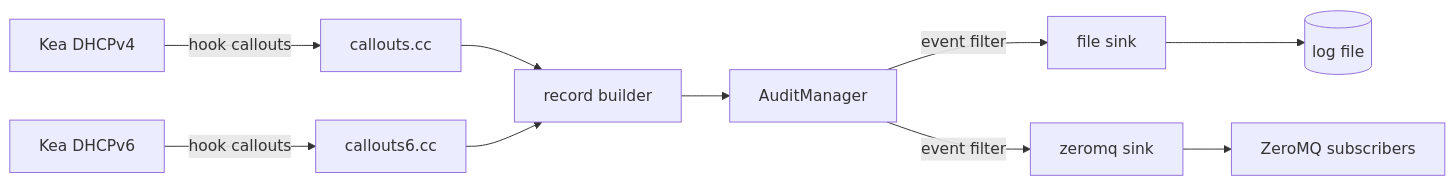
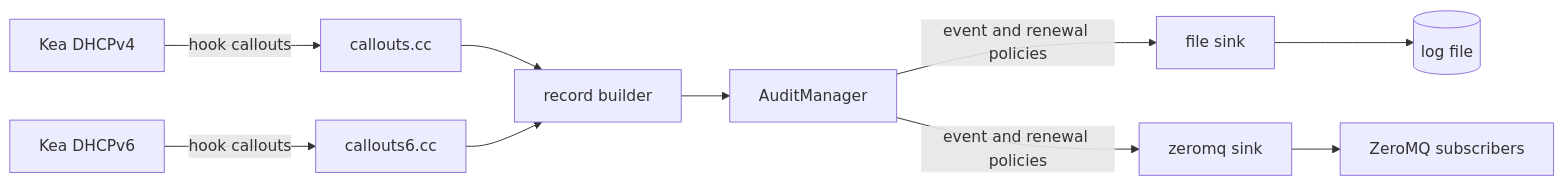
The diagram in README.md (solvationab/KeaLogHook), drawn with Mermaid before and after one commit. The commit also changed other lines of this file and 2 other files, not shown here.

Commit message:
Add optional per-sink renewal controls and update documentation

````diff
--- a/README.md
+++ b/README.md
@@ -33,12 +36,12 @@
 ```mermaid
 flowchart LR
     K[Kea DHCPv4] -->|hook callouts| C[callouts.cc]
     K6[Kea DHCPv6] -->|hook callouts| C6[callouts6.cc]
     C --> B[record builder]
     C6 --> B
     B --> M[AuditManager]
-    M -->|event filter| S1[file sink]
-    M -->|event filter| S2[zeromq sink]
+    M -->|event and renewal policies| S1[file sink]
+    M -->|event and renewal policies| S2[zeromq sink]
     S1 --> F[(log file)]
     S2 --> Z[ZeroMQ subscribers]
 ```
````
